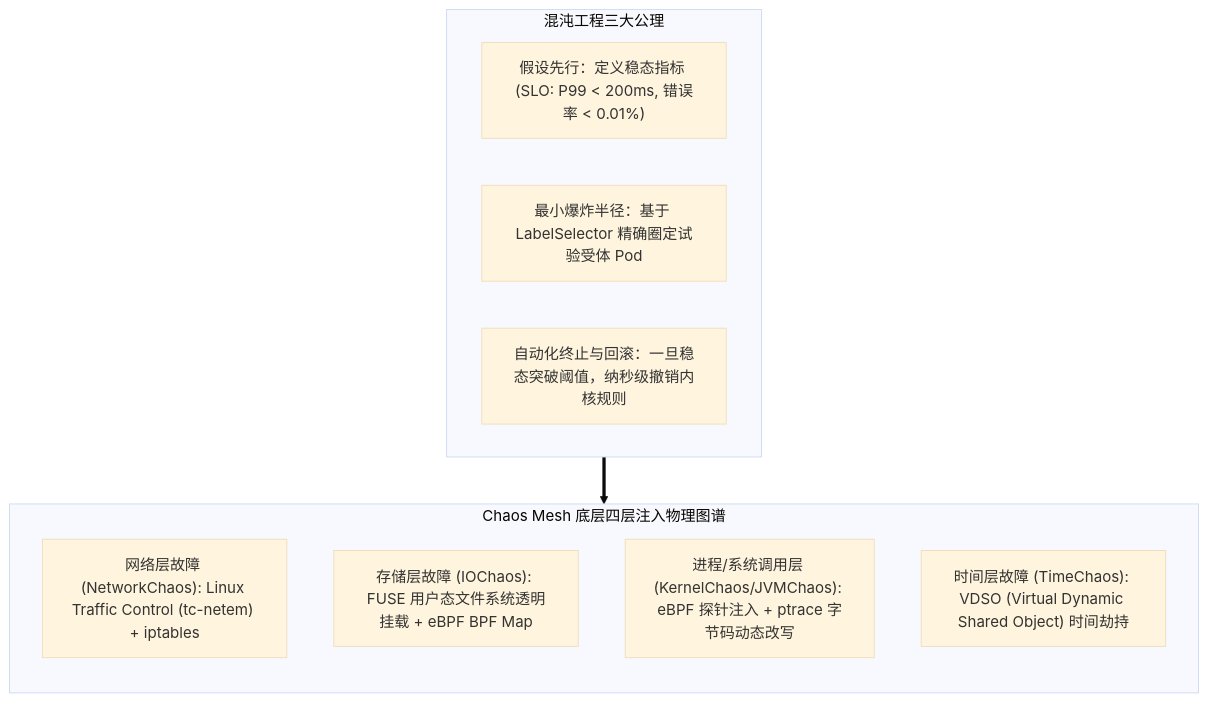
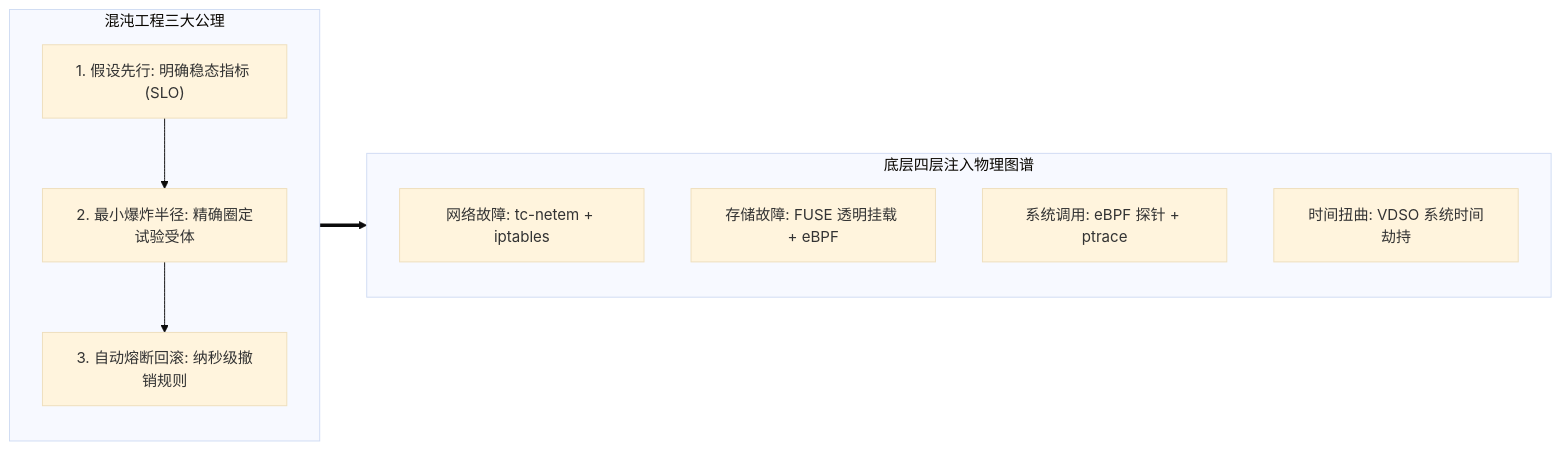
Before and after one commit to MoreConsequence/MoreConsequence.github.io: the first of 5 diagrams in content/posts/kubernetes-internals/k8s-26-chaos-engineering-chaos-mesh-kernel-fault-injection.md, drawn with Mermaid (base theme). The commit also changed other lines of this file and 835 other files, not shown here.

First line of the commit message:
feat(blog): 全站33篇新增深度专栏与博文全量审核上线及矢量图表优化

````diff
--- a/content/posts/kubernetes-internals/k8s-26-chaos-engineering-chaos-mesh-kernel-fault-injection.md
+++ b/content/posts/kubernetes-internals/k8s-26-chaos-engineering-chaos-mesh-kernel-fault-injection.md
@@ -40,18 +40,20 @@
 ```mermaid
-flowchart TD
+flowchart LR
     subgraph ChaosPrinciples["混沌工程三大公理"]
-        P1["假设先行：定义稳态指标 (SLO: P99 < 200ms, 错误率 < 0.01%)"]
-        P2["最小爆炸半径：基于 LabelSelector 精确圈定试验受体 Pod"]
-        P3["自动化终止与回滚：一旦稳态突破阈值，纳秒级撤销内核规则"]
+        direction TB
+        P1["1. 假设先行: 明确稳态指标 (SLO)"]
+        P2["2. 最小爆炸半径: 精确圈定试验受体"]
+        P3["3. 自动熔断回滚: 纳秒级撤销规则"]
+        P1 --> P2 --> P3
     end
 
-    subgraph ChaosMeshCore["Chaos Mesh 底层四层注入物理图谱"]
+    subgraph ChaosMeshCore["底层四层注入物理图谱"]
         direction TB
-        L1["网络层故障 (NetworkChaos): Linux Traffic Control (tc-netem) + iptables"]
-        L2["存储层故障 (IOChaos): FUSE 用户态文件系统透明挂载 + eBPF BPF Map"]
-        L3["进程/系统调用层 (KernelChaos/JVMChaos): eBPF 探针注入 + ptrace 字节码动态改写"]
-        L4["时间层故障 (TimeChaos): VDSO (Virtual Dynamic Shared Object) 时间劫持"]
+        L1["网络故障: tc-netem + iptables"]
+        L2["存储故障: FUSE 透明挂载 + eBPF"]
+        L3["系统调用: eBPF 探针 + ptrace"]
+        L4["时间扭曲: VDSO 系统时间劫持"]
     end
 
     ChaosPrinciples ==> ChaosMeshCore
 ```
````
